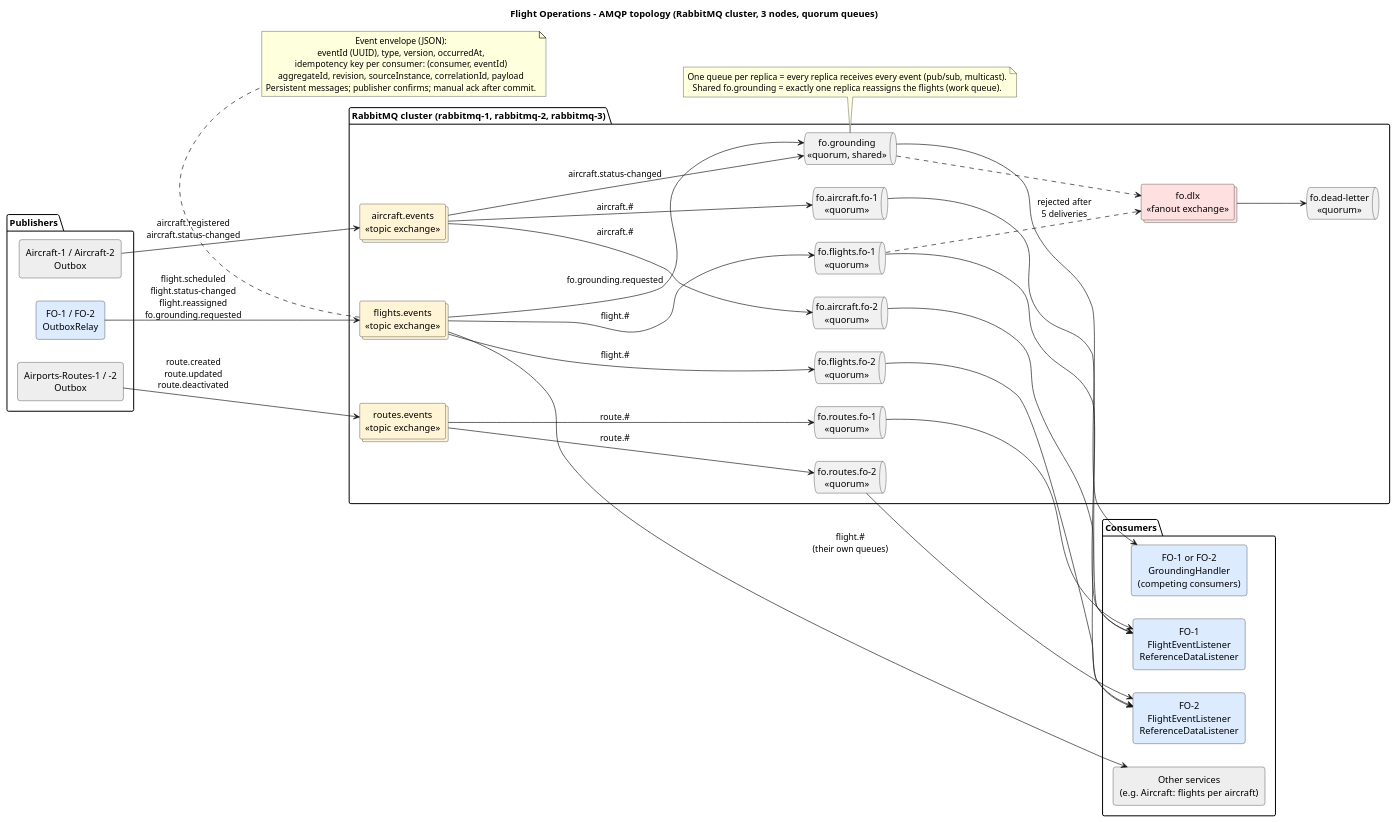
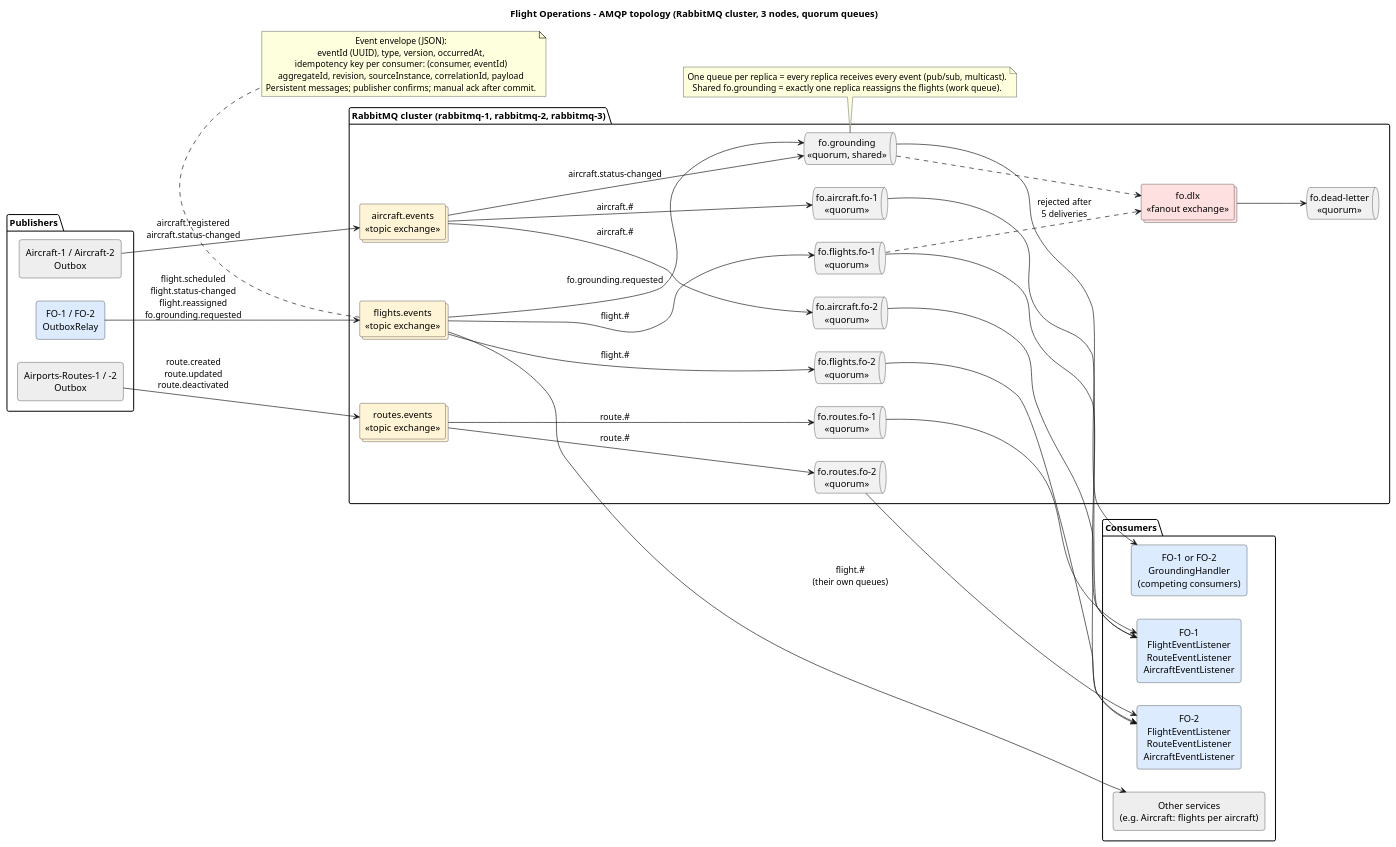
Before and after one commit to anamartasilvaa/SIDIG_AI_Safe: the diagram in Services/Flighting Operations/docs/messaging-topology-flight-operations.puml, drawn with PlantUML. The commit also changed 9 other files, not shown here.

Commit message:
FO: diagramas atualizados com a versão

```diff
--- a/Services/Flighting Operations/docs/messaging-topology-flight-operations.puml
+++ b/Services/Flighting Operations/docs/messaging-topology-flight-operations.puml
@@ -1,77 +1,77 @@
 @startuml messaging-topology-flight-operations
 skinparam shadowing false
 skinparam defaultTextAlignment center
 skinparam rectangle {
   RoundCorner 8
 }
 left to right direction
 title Flight Operations - AMQP topology (RabbitMQ cluster, 3 nodes, quorum queues)
 
 package "Publishers" {
   rectangle "FO-1 / FO-2\nOutboxRelay" as foPub #DDEBFF
   rectangle "Aircraft-1 / Aircraft-2\nOutbox" as acPub #EEEEEE
   rectangle "Airports-Routes-1 / -2\nOutbox" as arPub #EEEEEE
 }
 
 package "RabbitMQ cluster (rabbitmq-1, rabbitmq-2, rabbitmq-3)" {
   collections "flights.events\n<<topic exchange>>" as exF #FFF4D6
   collections "aircraft.events\n<<topic exchange>>" as exA #FFF4D6
   collections "routes.events\n<<topic exchange>>" as exR #FFF4D6
   collections "fo.dlx\n<<fanout exchange>>" as dlx #FFE0E0
 
   queue "fo.flights.fo-1\n<<quorum>>" as qF1
   queue "fo.flights.fo-2\n<<quorum>>" as qF2
   queue "fo.aircraft.fo-1\n<<quorum>>" as qA1
   queue "fo.aircraft.fo-2\n<<quorum>>" as qA2
   queue "fo.routes.fo-1\n<<quorum>>" as qR1
   queue "fo.routes.fo-2\n<<quorum>>" as qR2
   queue "fo.grounding\n<<quorum, shared>>" as qG
   queue "fo.dead-letter\n<<quorum>>" as qDL
 }
 
 package "Consumers" {
-  rectangle "FO-1\nFlightEventListener\nReferenceDataListener" as c1 #DDEBFF
-  rectangle "FO-2\nFlightEventListener\nReferenceDataListener" as c2 #DDEBFF
+  rectangle "FO-1\nFlightEventListener\nRouteEventListener\nAircraftEventListener" as c1 #DDEBFF
+  rectangle "FO-2\nFlightEventListener\nRouteEventListener\nAircraftEventListener" as c2 #DDEBFF
   rectangle "FO-1 or FO-2\nGroundingHandler\n(competing consumers)" as cg #DDEBFF
   rectangle "Other services\n(e.g. Aircraft: flights per aircraft)" as other #EEEEEE
 }
 
 foPub --> exF : flight.scheduled\nflight.status-changed\nflight.reassigned\nfo.grounding.requested
 acPub --> exA : aircraft.registered\naircraft.status-changed
 arPub --> exR : route.created\nroute.updated\nroute.deactivated
 
 exF --> qF1 : flight.#
 exF --> qF2 : flight.#
 exF --> other : flight.#\n(their own queues)
 exA --> qA1 : aircraft.#
 exA --> qA2 : aircraft.#
 exA --> qG : aircraft.status-changed
 exF --> qG : fo.grounding.requested
 exR --> qR1 : route.#
 exR --> qR2 : route.#
 
 qF1 --> c1
 qA1 --> c1
 qR1 --> c1
 qF2 --> c2
 qA2 --> c2
 qR2 --> c2
 qG --> cg
 
 qF1 ..> dlx : rejected after\n5 deliveries
 qG ..> dlx
 dlx --> qDL
 
 note bottom of exF
   Event envelope (JSON):
   eventId (UUID), type, version, occurredAt,
   idempotency key per consumer: (consumer, eventId)
   aggregateId, revision, sourceInstance, correlationId, payload
   Persistent messages; publisher confirms; manual ack after commit.
 end note
 
 note bottom of qG
   One queue per replica = every replica receives every event (pub/sub, multicast).
   Shared fo.grounding = exactly one replica reassigns the flights (work queue).
 end note
 @enduml
```
